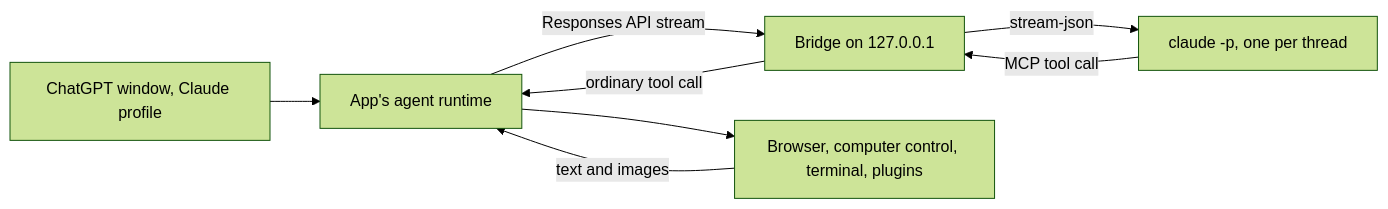
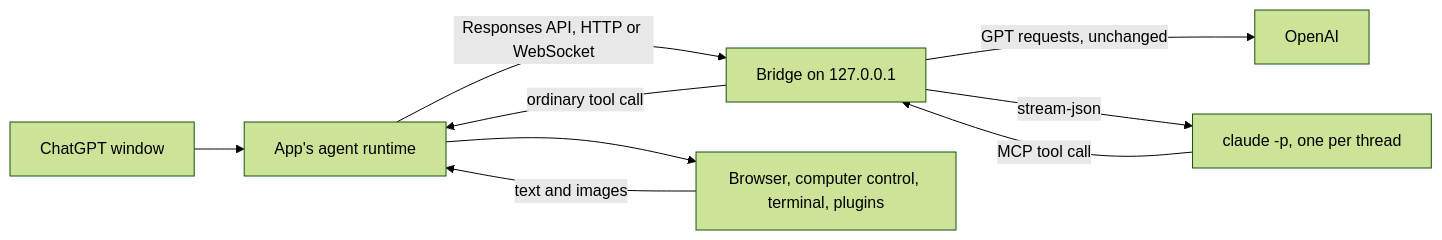
The diagram in README.md (wuchris-ch/claude-for-chatgpt-desktop), drawn with Mermaid (forest theme) before and after one commit. The commit also changed other lines of this file and 14 other files, not shown here.

First line of the commit message:
Picker mode: Claude next to GPT in the normal model picker

````diff
--- a/README.md
+++ b/README.md
@@ -25,10 +28,11 @@
 ```mermaid
 flowchart LR
-    UI[ChatGPT window, Claude profile] --> Runtime[App's agent runtime]
-    Runtime -->|Responses API stream| Bridge[Bridge on 127.0.0.1]
+    UI[ChatGPT window] --> Runtime[App's agent runtime]
+    Runtime -->|Responses API, HTTP or WebSocket| Bridge[Bridge on 127.0.0.1]
+    Bridge -->|GPT requests, unchanged| OpenAI[OpenAI]
     Bridge -->|stream-json| Claude[claude -p, one per thread]
     Claude -->|MCP tool call| Bridge
     Bridge -->|ordinary tool call| Runtime
     Runtime --> Tools[Browser, computer control, terminal, plugins]
     Tools -->|text and images| Runtime
 ```
````
